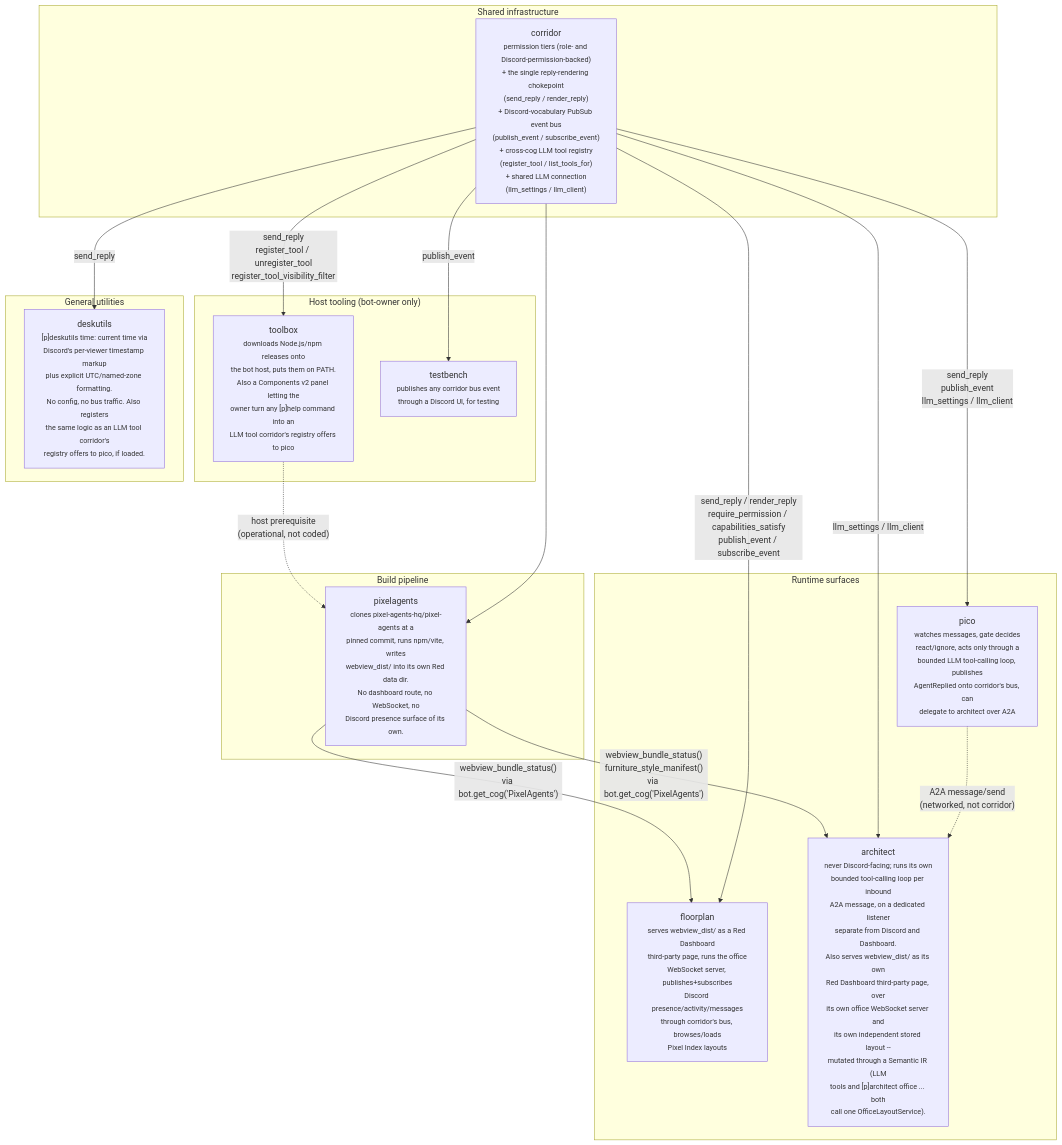
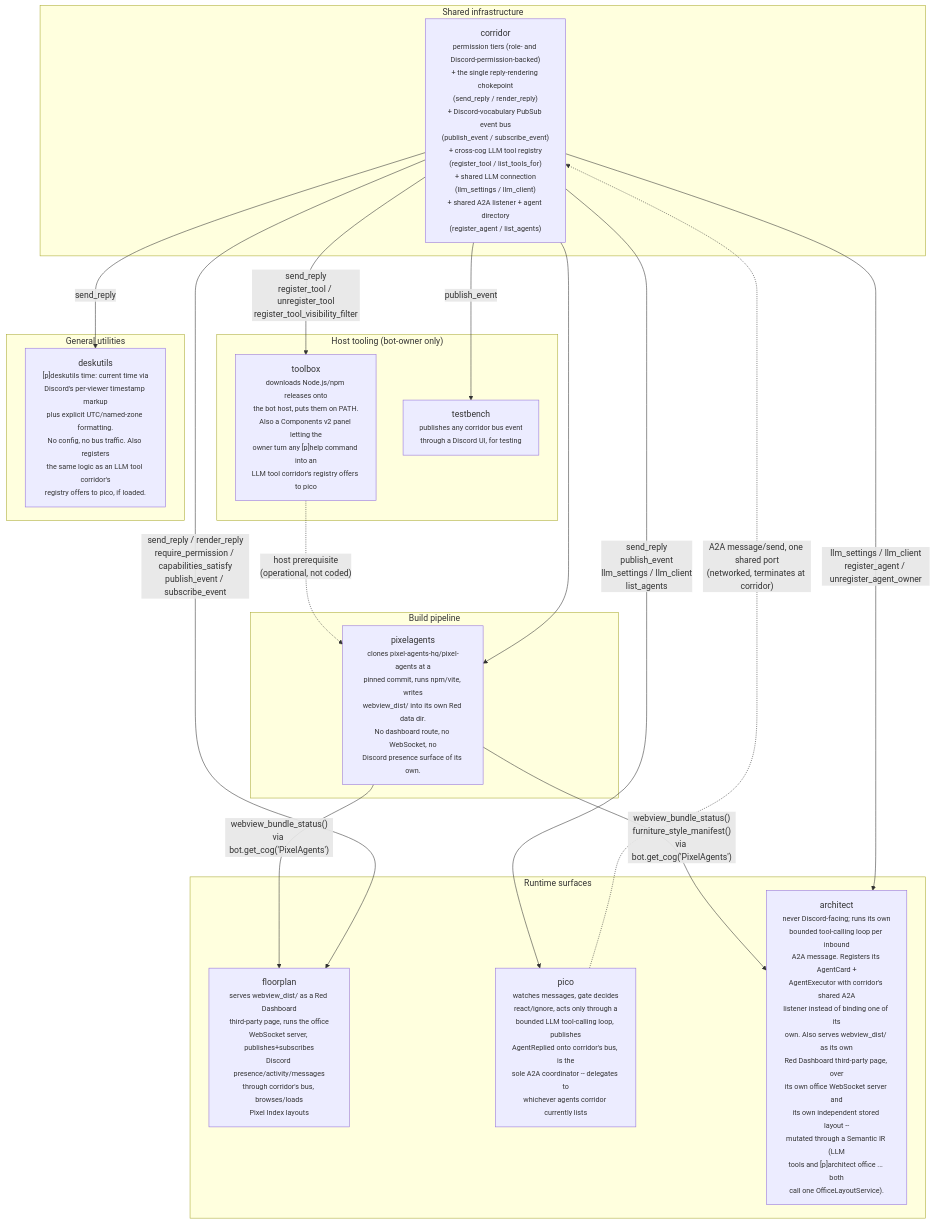
One commit to pixel-agents-hq/pixel-agents-cogs changed the second of 8 diagrams in docs/architecture.md. Above: the diagram before and after it, drawn with Mermaid. The commit also changed other lines of this file and 3 other files, not shown here.

First line of the commit message:
docs: update architecture.md/AGENTS.md/architect-design.md for shared A2A listener

````diff
--- a/docs/architecture.md
+++ b/docs/architecture.md
@@ -99,37 +109,37 @@
 ```mermaid
 flowchart TB
     subgraph shared["Shared infrastructure"]
-        corridor["corridor<br/><small>permission tiers (role- and Discord-permission-backed)<br/>+ the single reply-rendering chokepoint<br/>(send_reply / render_reply)<br/>+ Discord-vocabulary PubSub event bus<br/>(publish_event / subscribe_event)<br/>+ cross-cog LLM tool registry<br/>(register_tool / list_tools_for)<br/>+ shared LLM connection<br/>(llm_settings / llm_client)</small>"]
+        corridor["corridor<br/><small>permission tiers (role- and Discord-permission-backed)<br/>+ the single reply-rendering chokepoint<br/>(send_reply / render_reply)<br/>+ Discord-vocabulary PubSub event bus<br/>(publish_event / subscribe_event)<br/>+ cross-cog LLM tool registry<br/>(register_tool / list_tools_for)<br/>+ shared LLM connection<br/>(llm_settings / llm_client)<br/>+ shared A2A listener + agent directory<br/>(register_agent / list_agents)</small>"]
     end
 
     subgraph host["Host tooling (bot-owner only)"]
         toolbox["toolbox<br/><small>downloads Node.js/npm releases onto<br/>the bot host, puts them on PATH.<br/>Also a Components v2 panel letting the<br/>owner turn any [p]help command into an<br/>LLM tool corridor's registry offers to pico</small>"]
         testbench["testbench<br/><small>publishes any corridor bus event<br/>through a Discord UI, for testing</small>"]
     end
 
     subgraph build["Build pipeline"]
         pixelagents["pixelagents<br/><small>clones pixel-agents-hq/pixel-agents at a<br/>pinned commit, runs npm/vite, writes<br/>webview_dist/ into its own Red data dir.<br/>No dashboard route, no WebSocket, no<br/>Discord presence surface of its own.</small>"]
     end
 
     subgraph serve["Runtime surfaces"]
         floorplan["floorplan<br/><small>serves webview_dist/ as a Red Dashboard<br/>third-party page, runs the office<br/>WebSocket server, publishes+subscribes<br/>Discord presence/activity/messages<br/>through corridor's bus, browses/loads<br/>Pixel Index layouts</small>"]
-        pico["pico<br/><small>watches messages, gate decides<br/>react/ignore, acts only through a<br/>bounded LLM tool-calling loop, publishes<br/>AgentReplied onto corridor's bus, can<br/>delegate to architect over A2A</small>"]
-        architect["architect<br/><small>never Discord-facing; runs its own<br/>bounded tool-calling loop per inbound<br/>A2A message, on a dedicated listener<br/>separate from Discord and Dashboard.<br/>Also serves webview_dist/ as its own<br/>Red Dashboard third-party page, over<br/>its own office WebSocket server and<br/>its own independent stored layout --<br/>mutated through a Semantic IR (LLM<br/>tools and [p]architect office ... both<br/>call one OfficeLayoutService).</small>"]
+        pico["pico<br/><small>watches messages, gate decides<br/>react/ignore, acts only through a<br/>bounded LLM tool-calling loop, publishes<br/>AgentReplied onto corridor's bus, is the<br/>sole A2A coordinator -- delegates to<br/>whichever agents corridor currently lists</small>"]
+        architect["architect<br/><small>never Discord-facing; runs its own<br/>bounded tool-calling loop per inbound<br/>A2A message. Registers its AgentCard +<br/>AgentExecutor with corridor's shared A2A<br/>listener instead of binding one of its<br/>own. Also serves webview_dist/ as its own<br/>Red Dashboard third-party page, over<br/>its own office WebSocket server and<br/>its own independent stored layout --<br/>mutated through a Semantic IR (LLM<br/>tools and [p]architect office ... both<br/>call one OfficeLayoutService).</small>"]
     end
 
     subgraph utility["General utilities"]
         deskutils["deskutils<br/><small>[p]deskutils time: current time via<br/>Discord's per-viewer timestamp markup<br/>plus explicit UTC/named-zone formatting.<br/>No config, no bus traffic. Also registers<br/>the same logic as an LLM tool corridor's<br/>registry offers to pico, if loaded.</small>"]
     end
 
     toolbox -.->|"host prerequisite<br/>(operational, not coded)"| pixelagents
     pixelagents -->|"webview_bundle_status()<br/>via bot.get_cog('PixelAgents')"| floorplan
     pixelagents -->|"webview_bundle_status()<br/>furniture_style_manifest()<br/>via bot.get_cog('PixelAgents')"| architect
     corridor -->|"send_reply / render_reply<br/>require_permission / capabilities_satisfy<br/>publish_event / subscribe_event"| floorplan
-    corridor -->|"send_reply<br/>publish_event<br/>llm_settings / llm_client"| pico
-    corridor -->|"llm_settings / llm_client"| architect
-    pico -.->|"A2A message/send<br/>(networked, not corridor)"| architect
+    corridor -->|"send_reply<br/>publish_event<br/>llm_settings / llm_client<br/>list_agents"| pico
+    corridor -->|"llm_settings / llm_client<br/>register_agent / unregister_agent_owner"| architect
+    pico -.->|"A2A message/send, one shared port<br/>(networked, terminates at corridor)"| corridor
     corridor --> pixelagents
     corridor -->|"send_reply<br/>register_tool / unregister_tool<br/>register_tool_visibility_filter"| toolbox
     corridor -->|publish_event| testbench
     corridor -->|send_reply| deskutils
 ```
````
